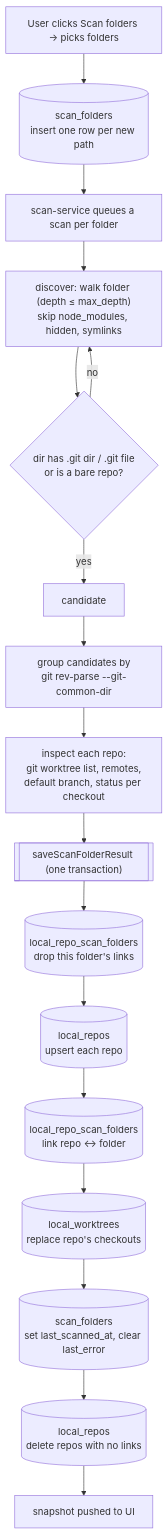
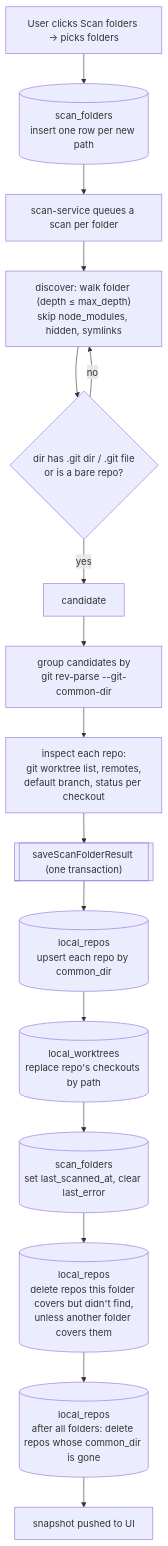
Before and after one commit to idotalmor/the-garage-desktop-rn: the second of 3 diagrams in src/main/local-repos/db/tables/README.md, drawn with Mermaid. The commit also changed other lines of this file and 11 other files, not shown here.

Commit message:
Drop local_repo_scan_folders; work out scan folder coverage from paths

````diff
--- a/src/main/local-repos/db/tables/README.md
+++ b/src/main/local-repos/db/tables/README.md
@@ -82,19 +84,18 @@
 ```mermaid
 flowchart TD
   A[User clicks Scan folders → picks folders] --> B[(scan_folders<br/>insert one row per new path)]
   B --> C[scan-service queues a scan per folder]
   C --> D["discover: walk folder (depth ≤ max_depth)<br/>skip node_modules, hidden, symlinks"]
   D --> E{"dir has .git dir / .git file<br/>or is a bare repo?"}
   E -- no --> D
   E -- yes --> F[candidate]
   F --> G["group candidates by<br/>git rev-parse --git-common-dir"]
   G --> H["inspect each repo:<br/>git worktree list, remotes,<br/>default branch, status per checkout"]
   H --> I[["saveScanFolderResult (one transaction)"]]
-  I --> I1[(local_repo_scan_folders<br/>drop this folder's links)]
-  I1 --> I2[(local_repos<br/>upsert each repo)]
-  I2 --> I3[(local_repo_scan_folders<br/>link repo ↔ folder)]
-  I3 --> I4[(local_worktrees<br/>replace repo's checkouts)]
+  I --> I2[(local_repos<br/>upsert each repo by common_dir)]
+  I2 --> I4[(local_worktrees<br/>replace repo's checkouts by path)]
   I4 --> I5[(scan_folders<br/>set last_scanned_at, clear last_error)]
-  I5 --> I6[(local_repos<br/>delete repos with no links)]
-  I6 --> J[snapshot pushed to UI]
+  I5 --> I6[(local_repos<br/>delete repos this folder covers but didn't find,<br/>unless another folder covers them)]
+  I6 --> I7[(local_repos<br/>after all folders: delete repos whose common_dir is gone)]
+  I7 --> J[snapshot pushed to UI]
 ```
````
